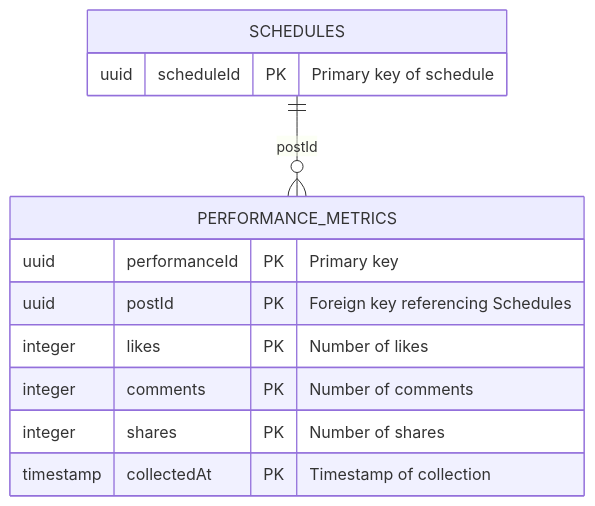
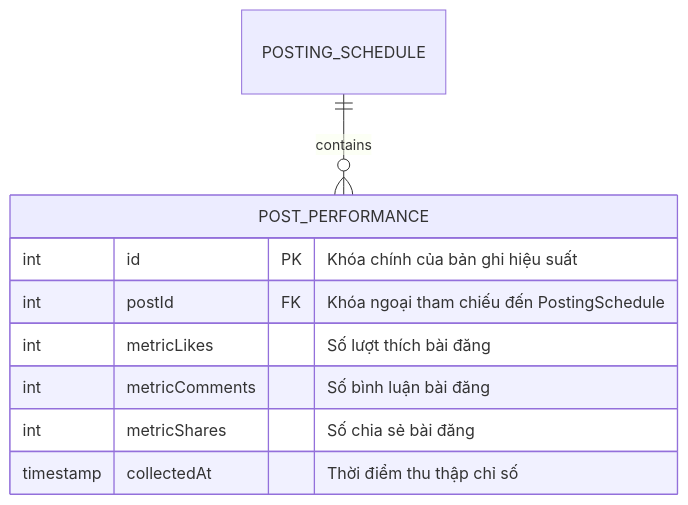
Before and after one commit to hainguyen81/enterprise-it-ai: the third of 3 diagrams in sources/output/business-analysis/ba.md, drawn with Mermaid. The commit also changed other lines of this file and 8 other files, not shown here.

````diff
--- a/sources/output/business-analysis/ba.md
+++ b/sources/output/business-analysis/ba.md
@@ -122,15 +137,12 @@
 ```mermaid
 erDiagram
-    SCHEDULES {
-        uuid scheduleId PK "Primary key of schedule"
+    POST_PERFORMANCE {
+        int id PK "Khóa chính của bản ghi hiệu suất"
+        int postId FK "Khóa ngoại tham chiếu đến PostingSchedule"
+        int metricLikes "Số lượt thích bài đăng"
+        int metricComments "Số bình luận bài đăng"
+        int metricShares "Số chia sẻ bài đăng"
+        timestamp collectedAt "Thời điểm thu thập chỉ số"
     }
-    PERFORMANCE_METRICS {
-        uuid performanceId PK "Primary key"
-        uuid postId PK "Foreign key referencing Schedules"
-        integer likes PK "Number of likes"
-        integer comments PK "Number of comments"
-        integer shares PK "Number of shares"
-        timestamp collectedAt PK "Timestamp of collection"
-    }
-    SCHEDULES ||--o{ PERFORMANCE_METRICS : "postId"
+    POSTING_SCHEDULE ||--o{ POST_PERFORMANCE : "contains"
 ```
````
